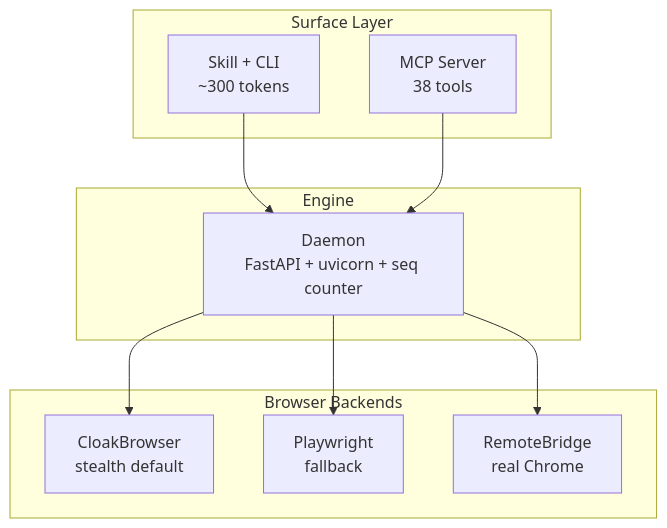
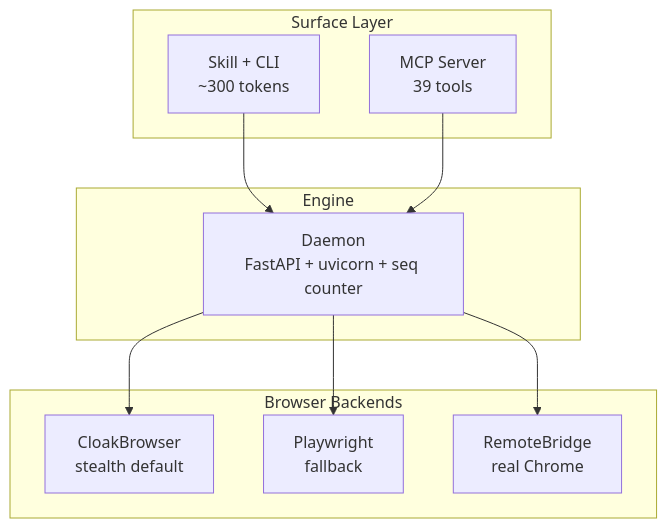
Before and after one commit to shayuc137/agentcloak: the diagram in README.md, drawn with Mermaid. The commit also changed other lines of this file and 29 other files, not shown here.

````diff
--- a/README.md
+++ b/README.md
@@ -241,23 +241,23 @@
 ```mermaid
 graph TD
     subgraph Surface["Surface Layer"]
         Skill["Skill + CLI<br/>~300 tokens"]
-        MCP["MCP Server<br/>38 tools"]
+        MCP["MCP Server<br/>39 tools"]
     end
 
     subgraph Engine["Engine"]
         Daemon["Daemon<br/>FastAPI + uvicorn + seq counter"]
     end
 
     subgraph Backends["Browser Backends"]
         Cloak["CloakBrowser<br/>stealth default"]
         PW["Playwright<br/>fallback"]
         Bridge["RemoteBridge<br/>real Chrome"]
     end
 
     Skill --> Daemon
     MCP --> Daemon
     Daemon --> Cloak
     Daemon --> PW
     Daemon --> Bridge
 ```
````
